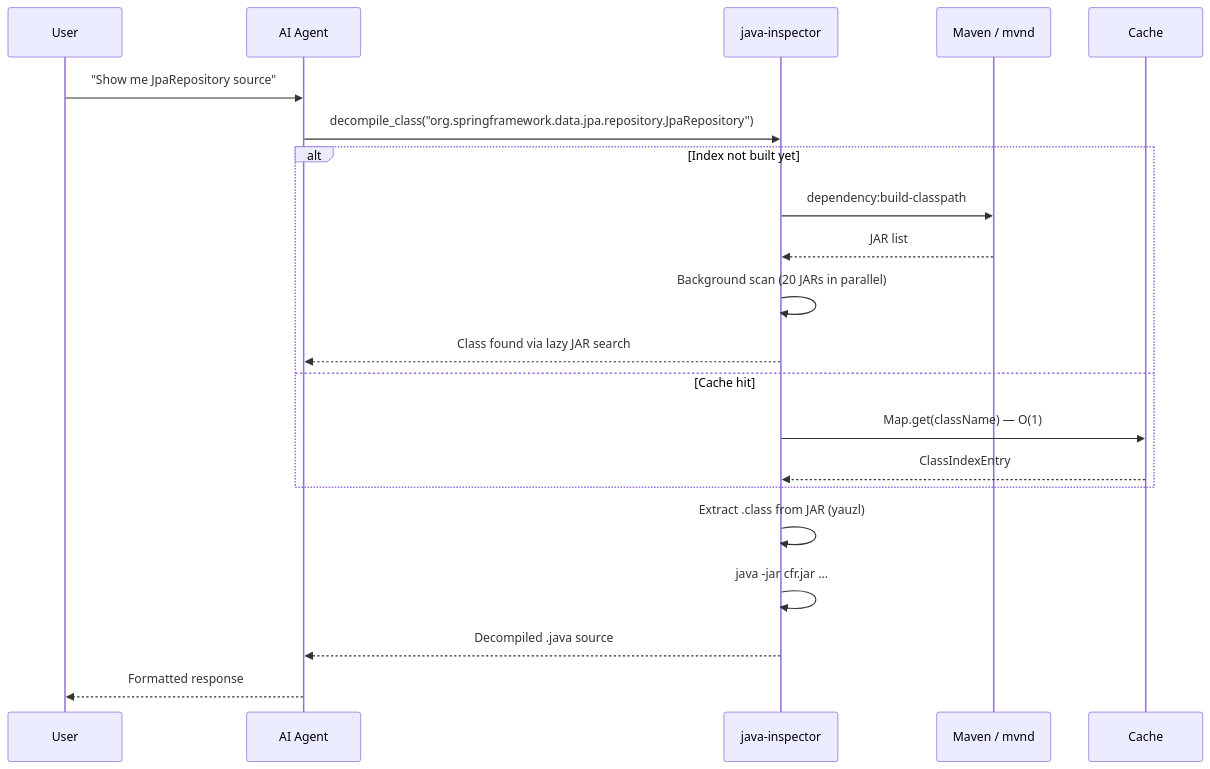
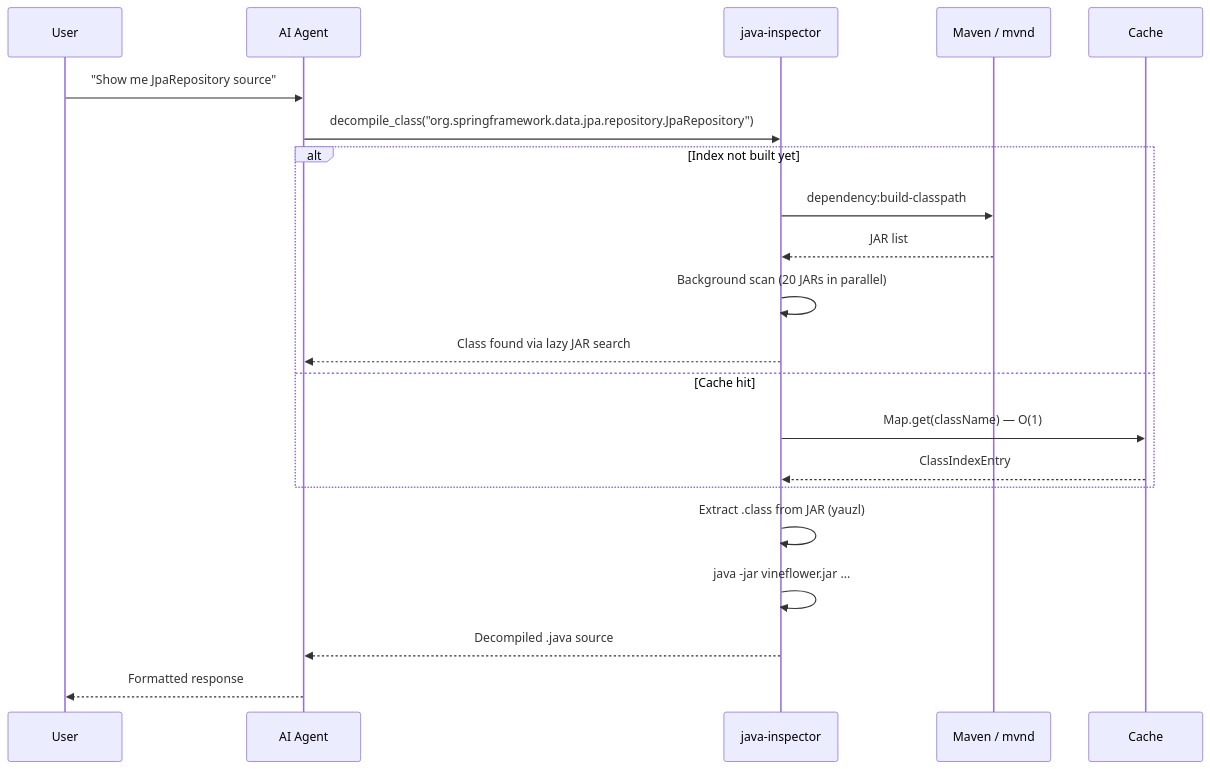
The second of 3 diagrams in README.md (mustafagoksever/java-inspector), drawn with Mermaid before and after one commit. The commit also changed other lines of this file and 3 other files, not shown here.

````diff
--- a/README.md
+++ b/README.md
@@ -91,24 +91,24 @@
 ```mermaid
 sequenceDiagram
     participant U as User
     participant A as AI Agent
     participant S as java-inspector
     participant M as Maven / mvnd
     participant C as Cache
 
     U->>A: "Show me JpaRepository source"
     A->>S: decompile_class("org.springframework.data.jpa.repository.JpaRepository")
     alt Index not built yet
         S->>M: dependency:build-classpath
         M-->>S: JAR list
         S->>S: Background scan (20 JARs in parallel)
         S-->>A: Class found via lazy JAR search
     else Cache hit
         S->>C: Map.get(className) — O(1)
         C-->>S: ClassIndexEntry
     end
     S->>S: Extract .class from JAR (yauzl)
-    S->>S: java -jar cfr.jar ...
+    S->>S: java -jar vineflower.jar ...
     S-->>A: Decompiled .java source
     A-->>U: Formatted response
 ```
````
